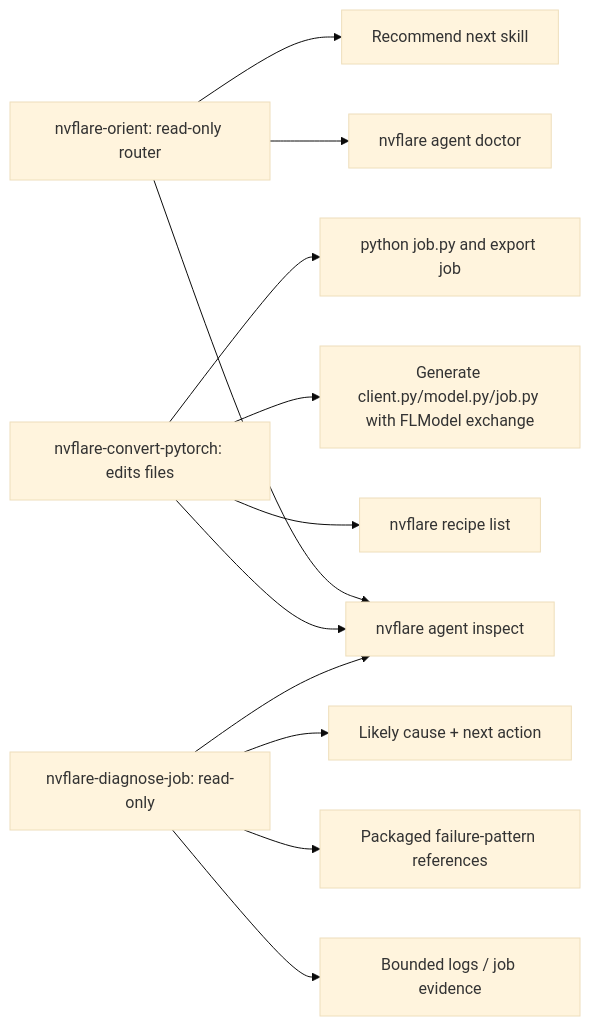
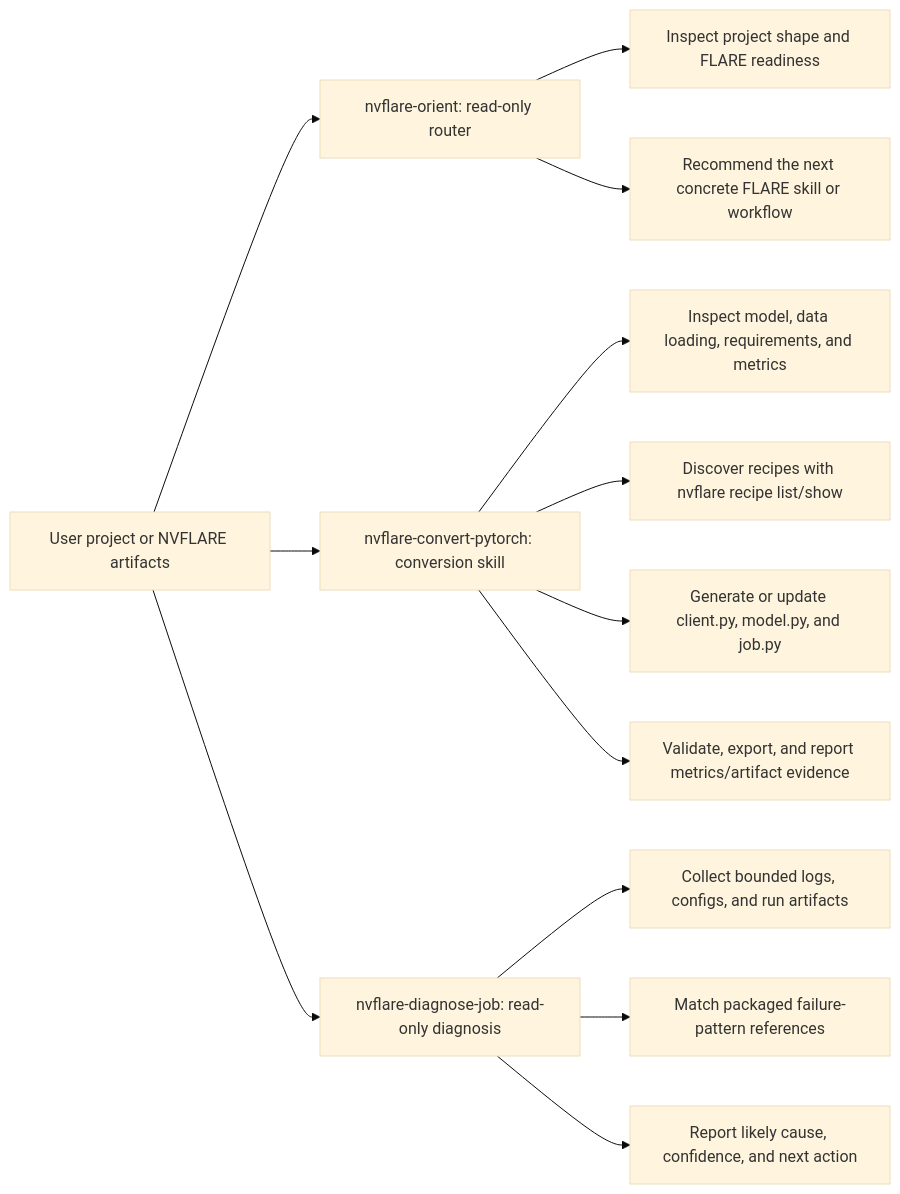
One commit to chesterxgchen/NVFlare changed the fourth of 4 diagrams in docs/design/skills_architecture.md. Above: the diagram before and after it, drawn with Mermaid (base theme). The commit also changed other lines of this file, not shown here.

Commit message:
Polish agent skills architecture doc

````diff
--- a/docs/design/skills_architecture.md
+++ b/docs/design/skills_architecture.md
@@ -83,16 +115,18 @@
 ```mermaid
 flowchart LR
-    Orient["nvflare-orient: read-only router"] --> InspectCmd["nvflare agent inspect"]
-    Orient --> DoctorCmd["nvflare agent doctor"]
-    Orient --> Recommend["Recommend next skill"]
+    Project["User project or NVFLARE artifacts"] --> Orient["nvflare-orient: read-only router"]
+    Project --> Convert["nvflare-convert-pytorch: conversion skill"]
+    Project --> Diagnose["nvflare-diagnose-job: read-only diagnosis"]
 
-    Convert["nvflare-convert-pytorch: edits files"] --> InspectCmd
-    Convert --> RecipeList["nvflare recipe list"]
-    Convert --> ClientAPI["Generate client.py/model.py/job.py with FLModel exchange"]
-    Convert --> Validate["python job.py and export job"]
+    Orient --> OrientInspect["Inspect project shape and FLARE readiness"]
+    Orient --> OrientDecision["Recommend the next concrete FLARE skill or workflow"]
 
-    Diagnose["nvflare-diagnose-job: read-only"] --> InspectCmd
-    Diagnose --> Logs["Bounded logs / job evidence"]
-    Diagnose --> Patterns["Packaged failure-pattern references"]
-    Diagnose --> Cause["Likely cause + next action"]
+    Convert --> ConvertInspect["Inspect model, data loading, requirements, and metrics"]
+    Convert --> RecipeList["Discover recipes with nvflare recipe list/show"]
+    Convert --> ClientAPI["Generate or update client.py, model.py, and job.py"]
+    Convert --> Lifecycle["Validate, export, and report metrics/artifact evidence"]
+
+    Diagnose --> Evidence["Collect bounded logs, configs, and run artifacts"]
+    Diagnose --> Patterns["Match packaged failure-pattern references"]
+    Diagnose --> Cause["Report likely cause, confidence, and next action"]
 ```
````
